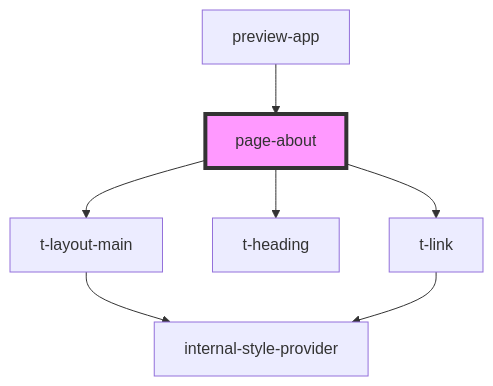
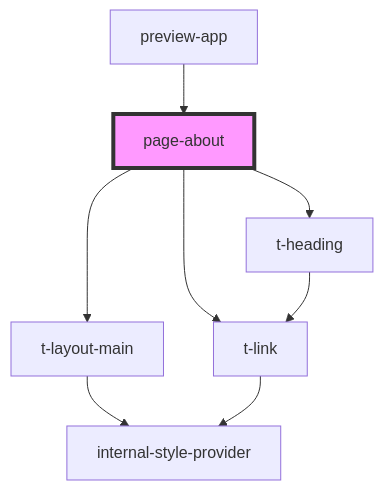
Before and after one commit to TomasEng/web-components: the diagram in packages/t-web-components/src/preview-app/page-about/readme.md, drawn with Mermaid. The commit also changed 27 other files, not shown here.

````diff
--- a/packages/t-web-components/src/preview-app/page-about/readme.md
+++ b/packages/t-web-components/src/preview-app/page-about/readme.md
@@ -21,10 +21,11 @@
 ```mermaid
 graph TD;
   page-about --> t-layout-main
   page-about --> t-heading
   page-about --> t-link
   t-layout-main --> internal-style-provider
+  t-heading --> t-link
   t-link --> internal-style-provider
   preview-app --> page-about
   style page-about fill:#f9f,stroke:#333,stroke-width:4px
 ```
````
